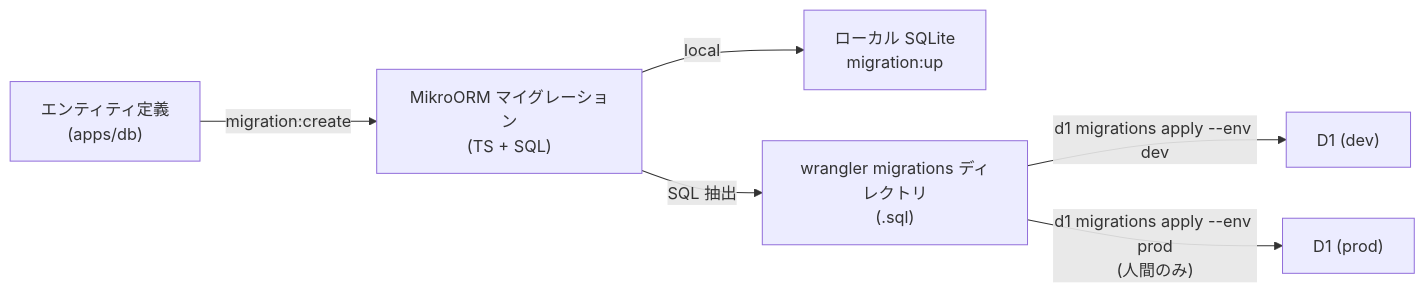
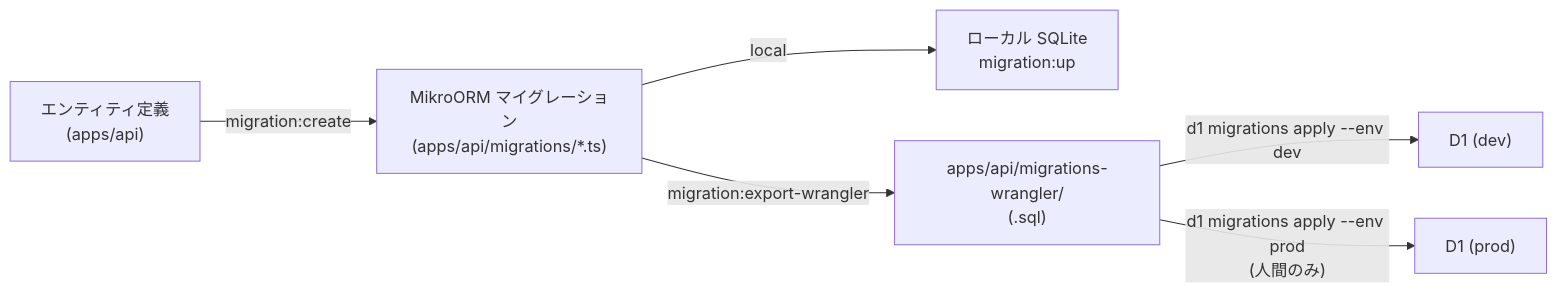
The first of 2 diagrams in docs/GUIDES/db/02-migrations.md (kurachiweb/genai-example-1-profile-community), drawn with Mermaid before and after one commit. The commit also changed other lines of this file and 13 other files, not shown here.

First line of the commit message:
feat(api): MikroORM Migratorによるマイグレーション基盤を追加

````diff
--- a/docs/GUIDES/db/02-migrations.md
+++ b/docs/GUIDES/db/02-migrations.md
@@ -13,8 +14,8 @@
 ```mermaid
 flowchart LR
-    ENT["エンティティ定義<br/>(apps/db)"] -->|"migration:create"| MIG["MikroORM マイグレーション<br/>(TS + SQL)"]
+    ENT["エンティティ定義<br/>(apps/api)"] -->|"migration:create"| MIG["MikroORM マイグレーション<br/>(apps/api/migrations/*.ts)"]
     MIG -->|local| SQLITE["ローカル SQLite<br/>migration:up"]
-    MIG -->|"SQL 抽出"| WMIG["wrangler migrations ディレクトリ<br/>(.sql)"]
+    MIG -->|"migration:export-wrangler"| WMIG["apps/api/migrations-wrangler/<br/>(.sql)"]
     WMIG -->|"d1 migrations apply --env dev"| D1DEV["D1 (dev)"]
     WMIG -->|"d1 migrations apply --env prod<br/>(人間のみ)"| D1PROD["D1 (prod)"]
 ```
````
